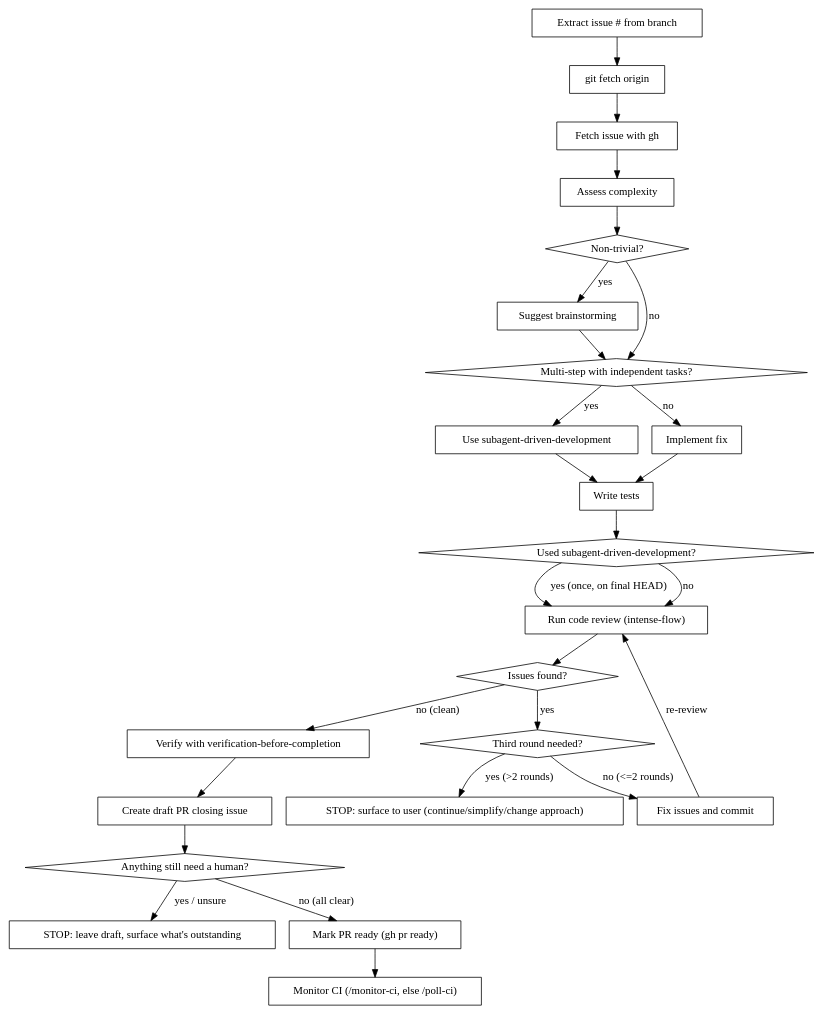
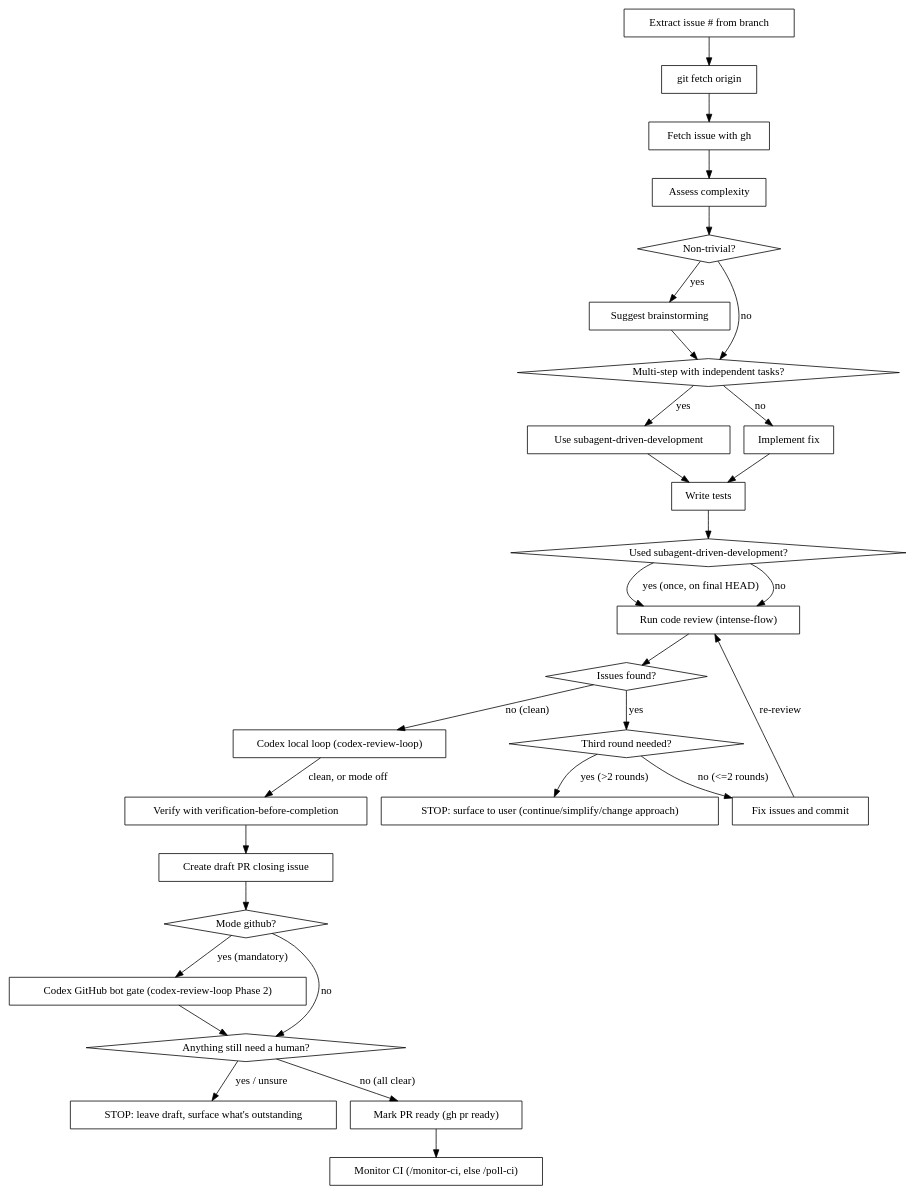
One commit to oalders/kitchen-sink changed the diagram in commands/fix-gh-issue.md. Above: the diagram before and after it, drawn with Graphviz. The commit also changed other lines of this file and 7 other files, not shown here.

First line of the commit message:
Add codex-review-loop skill and /codex-review command (v2.26.0) (#72)

````diff
--- a/commands/fix-gh-issue.md
+++ b/commands/fix-gh-issue.md
@@ -62,52 +62,59 @@
 ```dot
 digraph fix_issue {
     "Extract issue # from branch" [shape=box];
     "git fetch origin" [shape=box];
     "Fetch issue with gh" [shape=box];
     "Assess complexity" [shape=box];
     "Non-trivial?" [shape=diamond];
     "Suggest brainstorming" [shape=box];
     "Multi-step with independent tasks?" [shape=diamond];
     "Use subagent-driven-development" [shape=box];
     "Implement fix" [shape=box];
     "Write tests" [shape=box];
     "Used subagent-driven-development?" [shape=diamond];
     "Run code review (intense-flow)" [shape=box];
     "Issues found?" [shape=diamond];
     "Third round needed?" [shape=diamond];
     "STOP: surface to user (continue/simplify/change approach)" [shape=box];
     "Fix issues and commit" [shape=box];
+    "Codex local loop (codex-review-loop)" [shape=box];
     "Verify with verification-before-completion" [shape=box];
     "Create draft PR closing issue" [shape=box];
+    "Mode github?" [shape=diamond];
+    "Codex GitHub bot gate (codex-review-loop Phase 2)" [shape=box];
     "Anything still need a human?" [shape=diamond];
     "STOP: leave draft, surface what's outstanding" [shape=box];
     "Mark PR ready (gh pr ready)" [shape=box];
     "Monitor CI (/monitor-ci, else /poll-ci)" [shape=box];
 
     "Extract issue # from branch" -> "git fetch origin";
     "git fetch origin" -> "Fetch issue with gh";
     "Fetch issue with gh" -> "Assess complexity";
     "Assess complexity" -> "Non-trivial?";
     "Non-trivial?" -> "Suggest brainstorming" [label="yes"];
     "Non-trivial?" -> "Multi-step with independent tasks?" [label="no"];
     "Suggest brainstorming" -> "Multi-step with independent tasks?";
     "Multi-step with independent tasks?" -> "Use subagent-driven-development" [label="yes"];
     "Multi-step with independent tasks?" -> "Implement fix" [label="no"];
     "Use subagent-driven-development" -> "Write tests";
     "Implement fix" -> "Write tests";
     "Write tests" -> "Used subagent-driven-development?";
     "Used subagent-driven-development?" -> "Run code review (intense-flow)" [label="yes (once, on final HEAD)"];
     "Used subagent-driven-development?" -> "Run code review (intense-flow)" [label="no"];
     "Run code review (intense-flow)" -> "Issues found?" [shape=diamond];
     "Issues found?" -> "Third round needed?" [label="yes"];
     "Third round needed?" -> "STOP: surface to user (continue/simplify/change approach)" [label="yes (>2 rounds)"];
     "Third round needed?" -> "Fix issues and commit" [label="no (<=2 rounds)"];
     "Fix issues and commit" -> "Run code review (intense-flow)" [label="re-review"];
-    "Issues found?" -> "Verify with verification-before-completion" [label="no (clean)"];
+    "Issues found?" -> "Codex local loop (codex-review-loop)" [label="no (clean)"];
+    "Codex local loop (codex-review-loop)" -> "Verify with verification-before-completion" [label="clean, or mode off"];
     "Verify with verification-before-completion" -> "Create draft PR closing issue";
-    "Create draft PR closing issue" -> "Anything still need a human?";
+    "Create draft PR closing issue" -> "Mode github?";
+    "Mode github?" -> "Codex GitHub bot gate (codex-review-loop Phase 2)" [label="yes (mandatory)"];
+    "Mode github?" -> "Anything still need a human?" [label="no"];
+    "Codex GitHub bot gate (codex-review-loop Phase 2)" -> "Anything still need a human?";
     "Anything still need a human?" -> "STOP: leave draft, surface what's outstanding" [label="yes / unsure"];
     "Anything still need a human?" -> "Mark PR ready (gh pr ready)" [label="no (all clear)"];
     "Mark PR ready (gh pr ready)" -> "Monitor CI (/monitor-ci, else /poll-ci)";
 }
 ```
````
